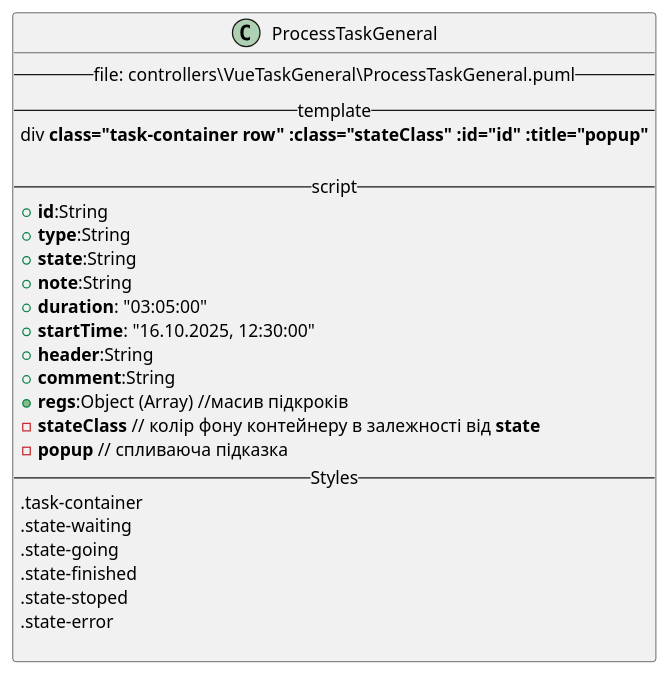
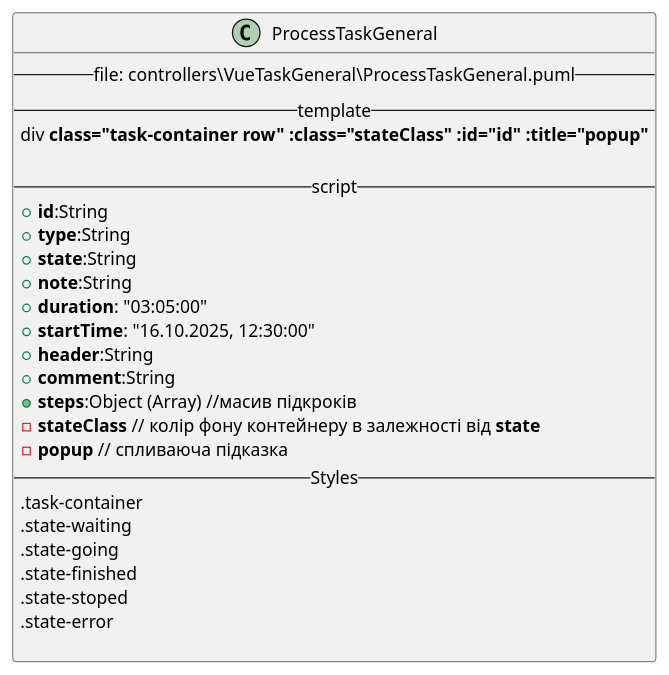
Before and after one commit to YVitalii/ASUTP2021: the diagram in controllers/VueTaskGeneral/ProcessTaskGeneral.puml, drawn with PlantUML. The commit also changed 11 other files, not shown here.

```diff
--- a/controllers/VueTaskGeneral/ProcessTaskGeneral.puml
+++ b/controllers/VueTaskGeneral/ProcessTaskGeneral.puml
@@ -1,30 +1,30 @@
 @startuml ProcessTaskGeneral
 
 class ProcessTaskGeneral {
     -- file: controllers\VueTaskGeneral\ProcessTaskGeneral.puml --
     -- template --
     div **class="task-container row" :class="stateClass" :id="id" :title="popup"**
 
     -- script --
      +**id**:String
      +**type**:String
      +**state**:String
      +**note**:String
      +**duration**: "03:05:00"
      +**startTime**: "16.10.2025, 12:30:00"
      +**header**:String
      +**comment**:String
-     +**regs**:Object (Array) //масив підкроків
+     +**steps**:Object (Array) //масив підкроків
      -**stateClass** // колір фону контейнеру в залежності від **state**
      -**popup** // спливаюча підказка
     -- Styles --
      .task-container
      .state-waiting
      .state-going
      .state-finished
      .state-stoped
      .state-error
 
 }
 
 @enduml
```
